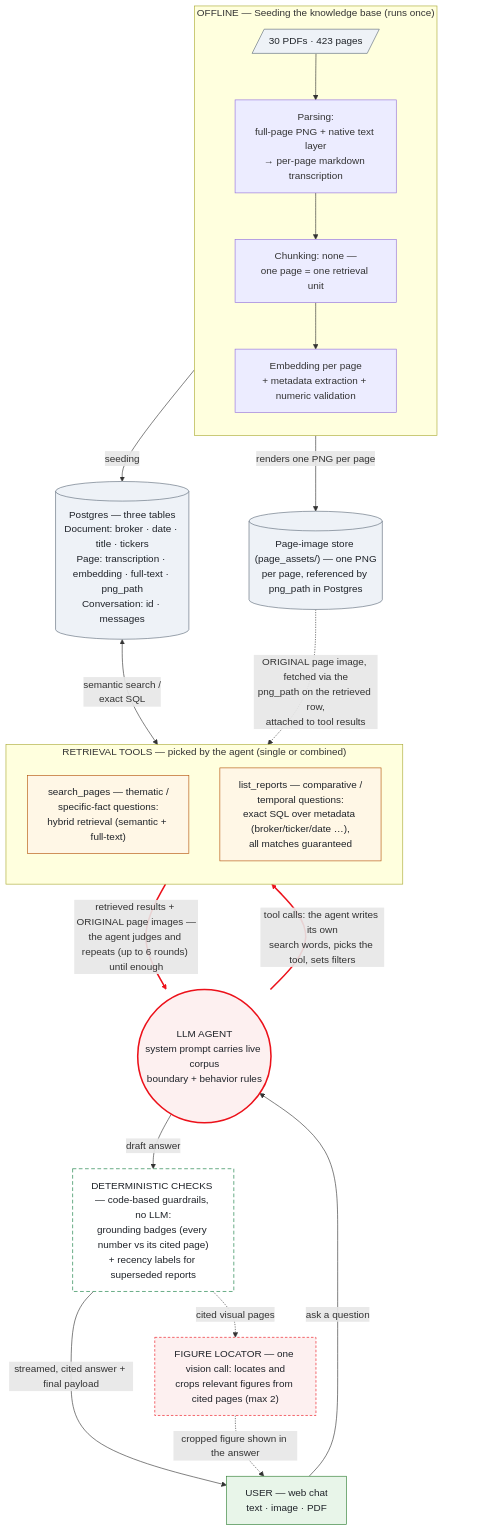
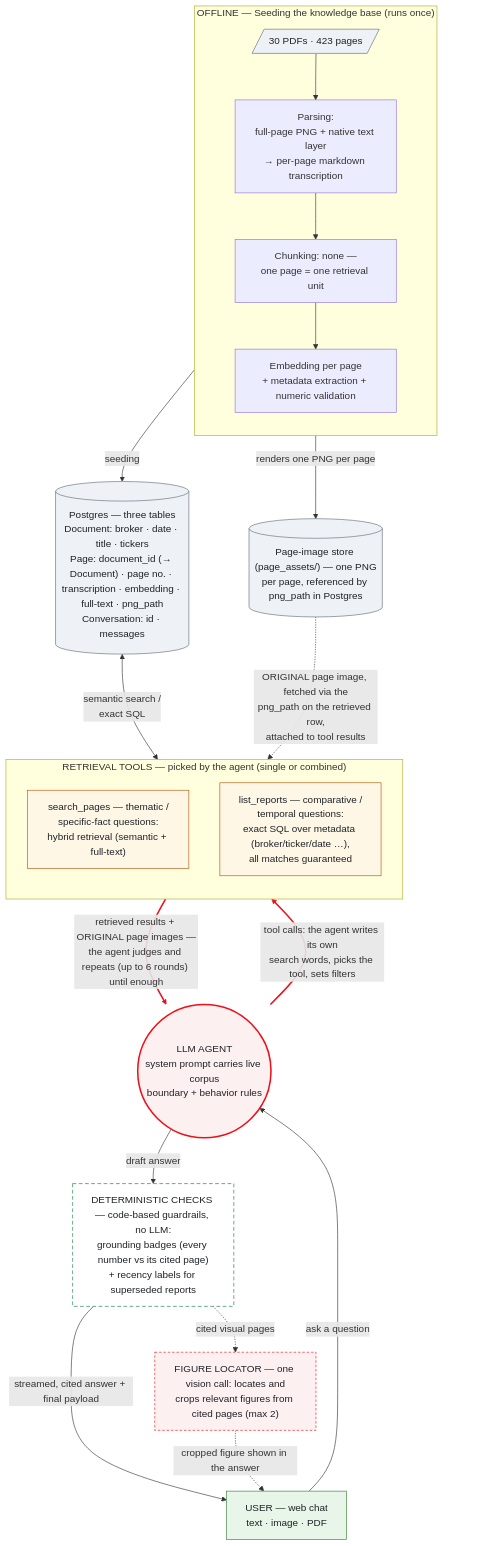
The diagram in DESIGN.md (Nicole-Tu97/broker-research-chatbot), drawn with Mermaid before and after one commit.

Commit message:
DESIGN diagram: Page row shows document_id, the link back to its Document

````diff
--- a/DESIGN.md
+++ b/DESIGN.md
@@ -35,57 +35,57 @@
 ```mermaid
 flowchart TB
     subgraph SEED["OFFLINE — Seeding the knowledge base (runs once)"]
         direction TB
         DOCS[/"30 PDFs · 423 pages"/]
         DOCS --> P0["Parsing:<br/>full-page PNG + native text layer<br/>→ per-page markdown transcription"]
         P0 --> P1["Chunking: none —<br/>one page = one retrieval unit"]
         P1 --> P2["Embedding per page<br/>+ metadata extraction + numeric validation"]
     end
 
-    PG[("Postgres — three tables<br/>Document: broker · date · title · tickers<br/>Page: transcription · embedding · full-text · png_path<br/>Conversation: id · messages")]
+    PG[("Postgres — three tables<br/>Document: broker · date · title · tickers<br/>Page: document_id (→ Document) · page no. · transcription · embedding · full-text · png_path<br/>Conversation: id · messages")]
     IMG[("Page-image store (page_assets/) — one PNG<br/>per page, referenced by png_path in Postgres")]
 
     A(("LLM AGENT<br/>system prompt carries live corpus<br/>boundary + behavior rules"))
 
     subgraph TOOLS["RETRIEVAL TOOLS — picked by the agent (single or combined)"]
         direction TB
         SP["search_pages — thematic /<br/>specific-fact questions:<br/>hybrid retrieval (semantic + full-text)"]
         LRT["list_reports — comparative /<br/>temporal questions:<br/>exact SQL over metadata (broker/ticker/date …),<br/>all matches guaranteed"]
     end
 
     U["USER — web chat<br/>text · image · PDF"]
 
     CK["DETERMINISTIC CHECKS — code-based guardrails, no LLM:<br/>grounding badges (every number vs its cited page)<br/>+ recency labels for superseded reports"]
     FIG["FIGURE LOCATOR — one vision call: locates and<br/>crops relevant figures from cited pages (max 2)"]
 
     SEED -- "seeding" --> PG
     SEED -- "renders one PNG per page" --> IMG
     U -- "ask a question" --> A
     A -- "tool calls: the agent writes its own<br/>search words, picks the tool, sets filters" --> TOOLS
     TOOLS -- "retrieved results + ORIGINAL page images —<br/>the agent judges and repeats (up to 6 rounds) until enough" --> A
     PG <-- "semantic search /<br/>exact SQL" --> TOOLS
     IMG -. "ORIGINAL page image, fetched via the<br/>png_path on the retrieved row,<br/>attached to tool results" .-> TOOLS
     A -- "draft answer" --> CK
     CK -- "streamed, cited answer + final payload" --> U
     CK -. "cited visual pages" .-> FIG
     FIG -. "cropped figure shown in the answer" .-> U
     SEED ~~~ U
 
     %% Red edges = the agentic decision surface: outbound, the agent phrases its own
     %% queries, picks tools and filters; on the return, it judges sufficiency and repeats.
     %% linkStyle indexes edges in order of appearance (subgraph-internal edges included).
     linkStyle 6,7 stroke:#EC111A,stroke-width:2.5px;
 
     classDef user fill:#e8f5e9,stroke:#2e7d32,color:#1f2329;
     classDef tool fill:#fff7e6,stroke:#b45309,color:#1f2329;
     classDef agent fill:#FDF0F0,stroke:#EC111A,stroke-width:2.5px,color:#1f2329;
     classDef store fill:#eef2f7,stroke:#5f6b7a,color:#1f2329;
     classDef det fill:#ffffff,stroke:#0e7a3d,stroke-dasharray:6 4,color:#1f2329;
     classDef llm fill:#FDF0F0,stroke:#EC111A,stroke-dasharray:4 3,color:#1f2329;
     class U user;
     class SP,LRT tool;
     class A agent;
     class DOCS,PG,IMG store;
     class CK det;
     class FIG llm;
 ```
````
